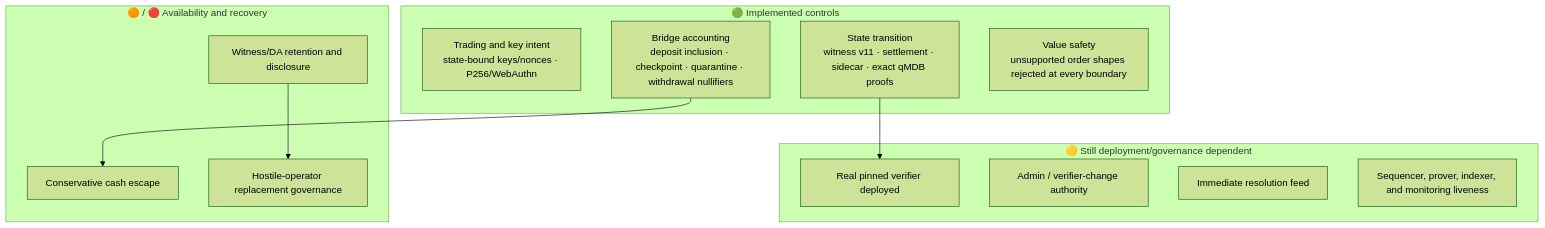
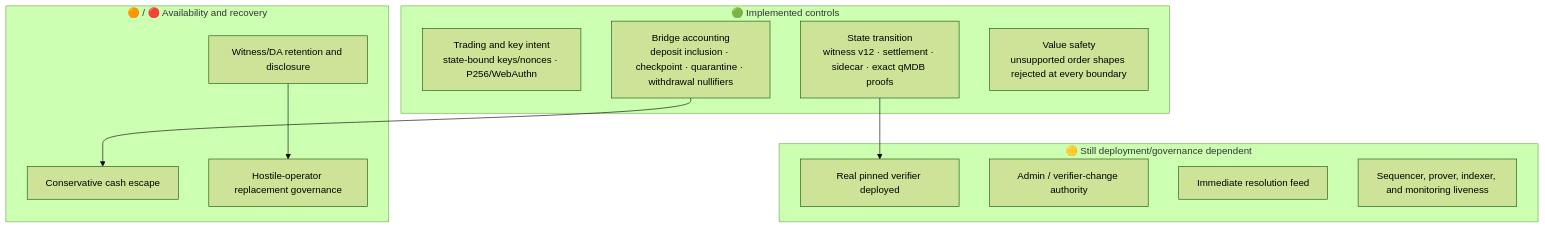
The diagram in docs/architecture/04-verification/Threat Model.md (MetaB0y/sybil), drawn with Mermaid (forest theme) before and after one commit. The commit also changed other lines of this file and 55 other files, not shown here.

````diff
--- a/docs/architecture/04-verification/Threat Model.md
+++ b/docs/architecture/04-verification/Threat Model.md
@@ -23,23 +23,23 @@
 ```mermaid
 flowchart TB
     subgraph crypto["🟢 Implemented controls"]
         INTENT["Trading and key intent<br/>state-bound keys/nonces · P256/WebAuthn"]
-        TRANS["State transition<br/>witness v11 · settlement · sidecar · exact qMDB proofs"]
+        TRANS["State transition<br/>witness v12 · settlement · sidecar · exact qMDB proofs"]
         BRIDGE["Bridge accounting<br/>deposit inclusion · checkpoint · quarantine · withdrawal nullifiers"]
         SHAPES["Value safety<br/>unsupported order shapes rejected at every boundary"]
     end
     subgraph trusted["🟡 Still deployment/governance dependent"]
         ADAPTER["Real pinned verifier deployed"]
         ADMIN["Admin / verifier-change authority"]
         ORACLE["Immediate resolution feed"]
         LIVE["Sequencer, prover, indexer, and monitoring liveness"]
     end
     subgraph recovery["🟠 / 🔴 Availability and recovery"]
         DA["Witness/DA retention and disclosure"]
         ESC["Conservative cash escape"]
         REPLACE["Hostile-operator replacement governance"]
     end
     TRANS --> ADAPTER
     DA --> REPLACE
     BRIDGE --> ESC
 ```
````
